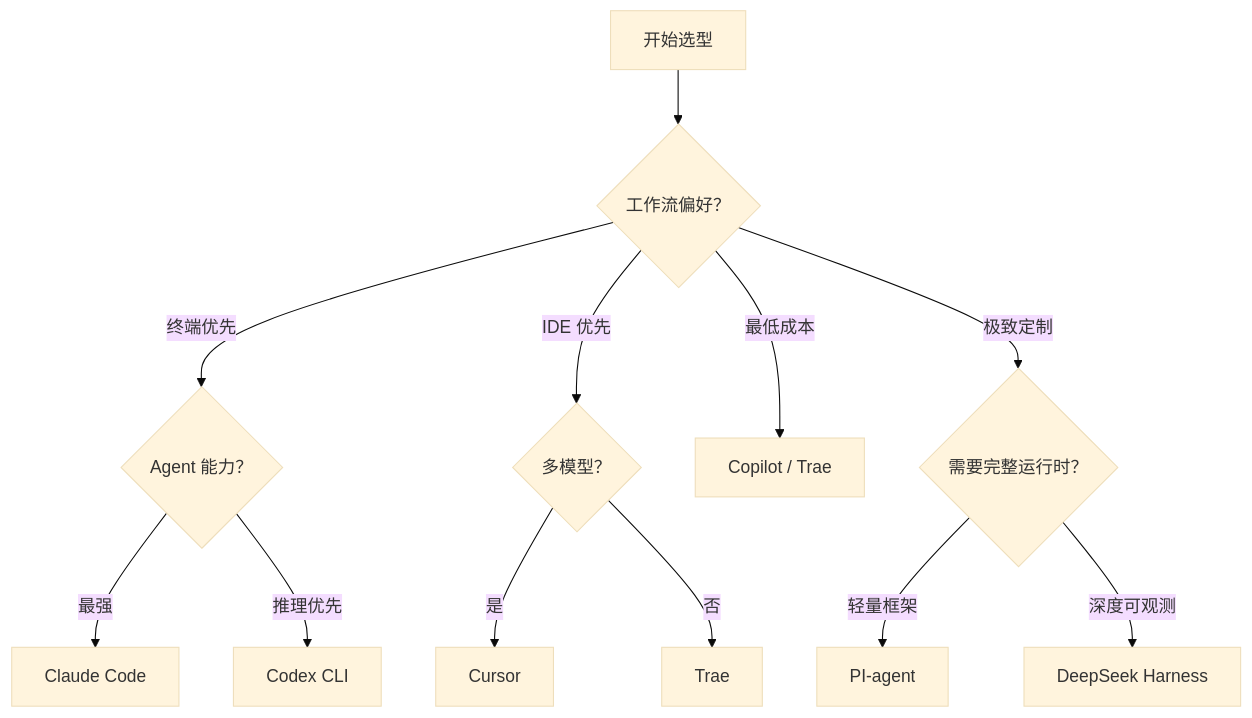
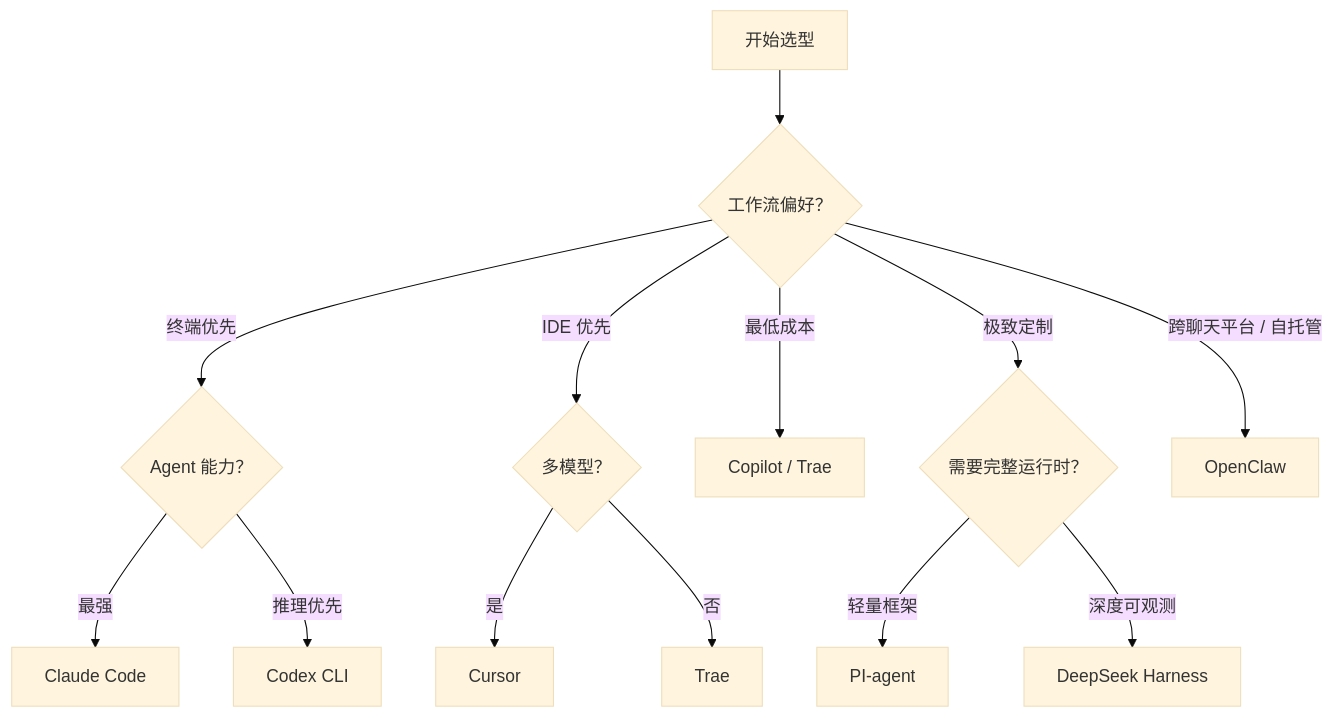
Before and after one commit to dukegod/ai-handbook: the diagram in ai-coding/tools/overview.md, drawn with Mermaid (base theme). The commit also changed other lines of this file and 36 other files, not shown here.

````diff
--- a/ai-coding/tools/overview.md
+++ b/ai-coding/tools/overview.md
@@ -134,17 +154,18 @@
 ```mermaid
 flowchart TD
     A[开始选型] --> B{工作流偏好？}
     B -->|终端优先| C{Agent 能力？}
     B -->|IDE 优先| D{多模型？}
     B -->|最低成本| E[Copilot / Trae]
     B -->|极致定制| J{需要完整运行时？}
-    
+    B -->|跨聊天平台 / 自托管| M[OpenClaw]
+
     C -->|最强| F[Claude Code]
     C -->|推理优先| G[Codex CLI]
-    
+
     D -->|是| H[Cursor]
     D -->|否| I[Trae]
-    
+
     J -->|轻量框架| K[PI-agent]
     J -->|深度可观测| L[DeepSeek Harness]
 ```
````
